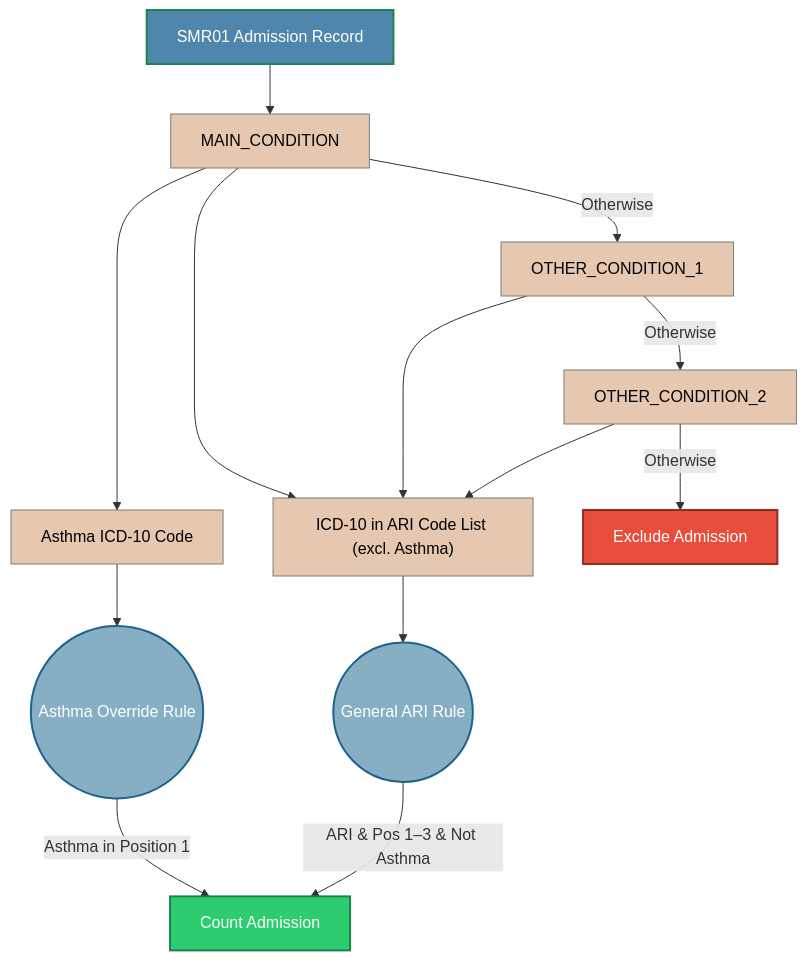
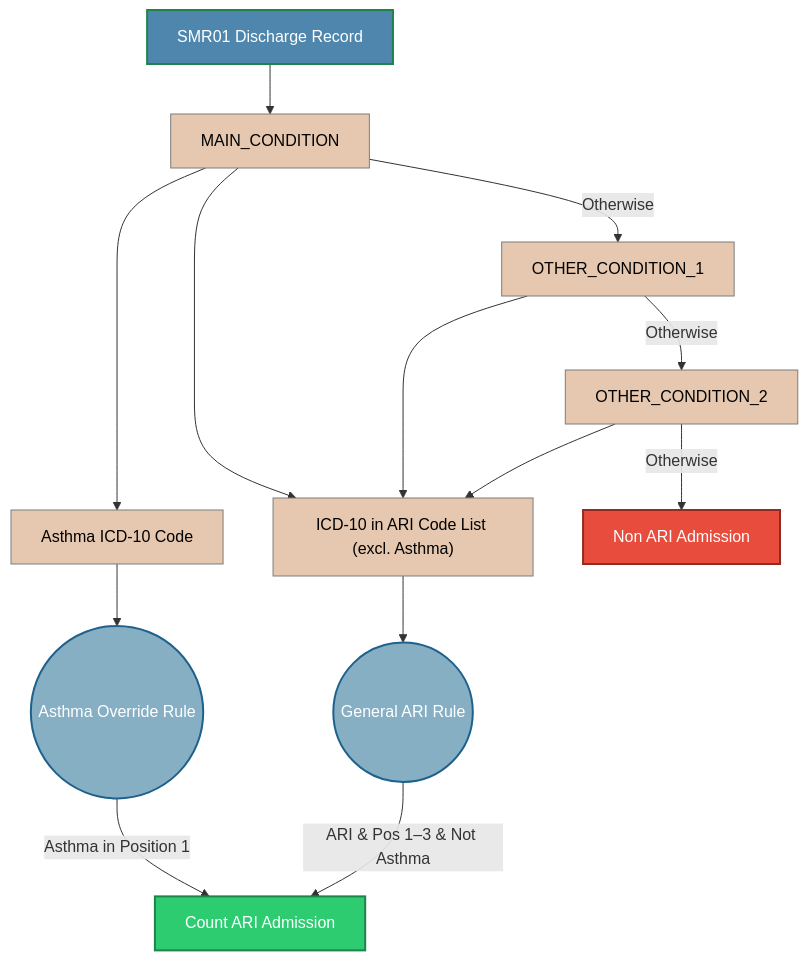
The first of 3 diagrams in arI_category.md (HomesHeatAndHealthyKids/DataLochAnalysis), drawn with Mermaid before and after one commit. The commit also changed other lines of this file, not shown here.

Commit message:
Changed Exclude Admissions to Non-ARI, Non-Chronic admissions

````diff
--- a/arI_category.md
+++ b/arI_category.md
@@ -47,72 +47,72 @@
 ```mermaid
 flowchart TB
 
     %% =========================
     %% Observed Variables
     %% =========================
-    SMR_rec[SMR01 Admission Record]
+    SMR_rec[SMR01 Discharge Record]
     ICD_10_non_asthma["ICD-10 in ARI Code List (excl. Asthma)"]
     Diag_pos_1[MAIN_CONDITION]
     Diag_pos_2[OTHER_CONDITION_1]
     Diag_pos_3[OTHER_CONDITION_2]
     ICD10_asthma[Asthma ICD-10 Code]
 
     %% =========================
     %% Rule Nodes (Deterministic)
     %% =========================
     R_ari((General ARI Rule))
     R_asthma((Asthma Override Rule))
 
     %% =========================
     %% Outcomes
     %% =========================
-    Y[Count Admission]
-    N[Exclude Admission]
+    Y[Count ARI Admission]
+    N[Non ARI Admission]
 
     %% =========================
     %% Causal Structure
     %% =========================
 
     SMR_rec --> Diag_pos_1
 
     %% Asthma override pathway
     Diag_pos_1 --> ICD10_asthma
     ICD10_asthma --> R_asthma
 
     %% General ARI pathway
     Diag_pos_1 --> ICD_10_non_asthma
 
     %% Not First position
     Diag_pos_1 --> |Otherwise| Diag_pos_2
     Diag_pos_2 --> |Otherwise| Diag_pos_3
     Diag_pos_3 --> |Otherwise| N
 
     
     %% General ARI pathway
     ICD_10_non_asthma --> R_ari
     Diag_pos_2 --> ICD_10_non_asthma
     Diag_pos_3 --> ICD_10_non_asthma
 
 
     %% Override logic
     R_asthma -->|Asthma in Position 1| Y
 
     %% General rule applies only if not Asthma
     R_ari -->|ARI & Pos 1–3 & Not Asthma| Y
    
 
     %% =========================
     %% Styling
     %% =========================
     classDef record fill:#4E86AD,color:#ffffff,stroke:#1e8449,stroke-width:2px;
     classDef include fill:#2ecc71,color:#ffffff,stroke:#1e8449,stroke-width:2px;
     classDef exclude fill:#e74c3c,color:#ffffff,stroke:#922b21,stroke-width:2px;
     classDef rule fill:#86AFC4,color:#ffffff,stroke:#1f618d,stroke-width:2px;
     classDef data fill:#E6C7AF,color:#000000,stroke:#7b7d7d,stroke-width:1px;
 
     class Y include
     class N exclude
     class R_ari,R_asthma rule
     class ICD_10_non_asthma,Diag_pos_1,Diag_pos_2,Diag_pos_3,ICD10_asthma data
     class SMR_rec record
 ```
````
